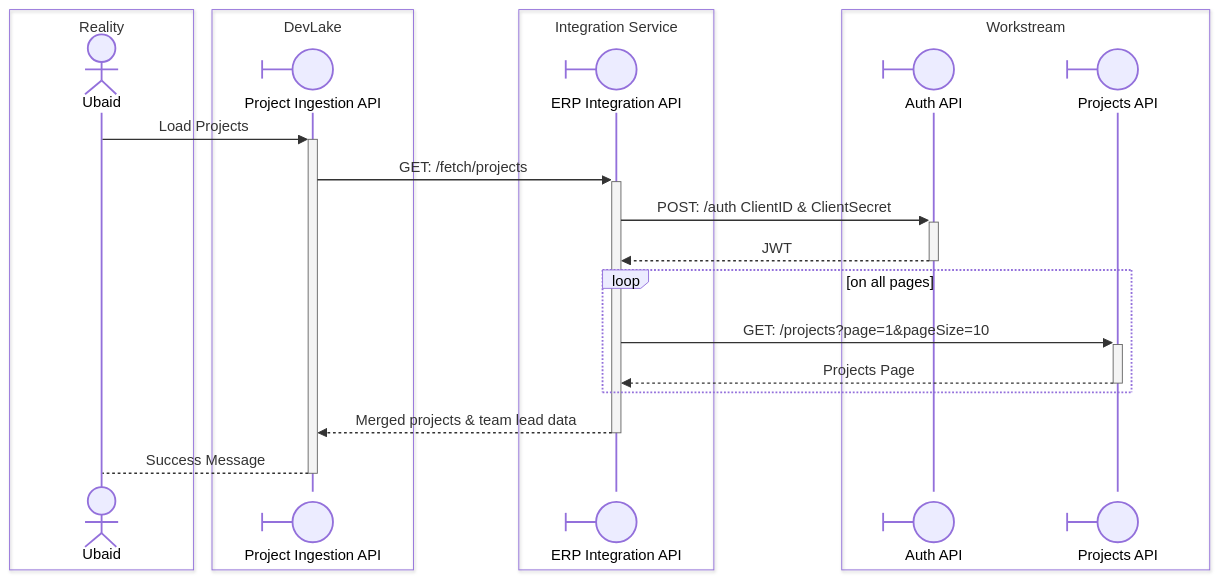
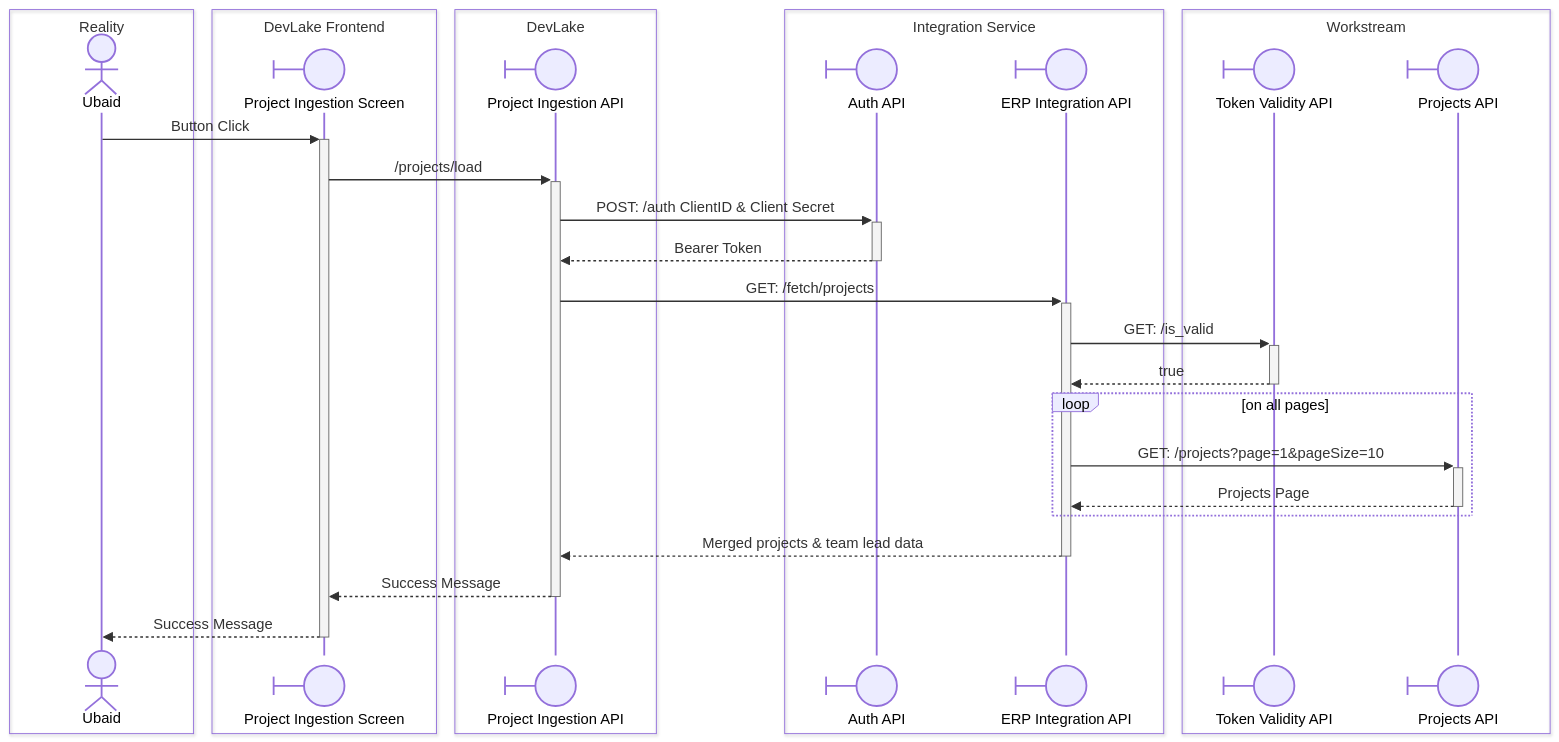
The third of 6 diagrams in integration-service-architecture-plan.md (arbisoft/incubator-devlake), drawn with Mermaid before and after one commit. The commit also changed other lines of this file, not shown here.

First line of the commit message:
docs: expand integration service domain model and project structure

````diff
--- a/integration-service-architecture-plan.md
+++ b/integration-service-architecture-plan.md
@@ -134,29 +215,37 @@
 ```mermaid
 sequenceDiagram
     box Reality
         actor Ubaid
     end
+    box DevLake Frontend
+        participant projectIngestion@{ "type": "boundary" } as Project Ingestion Screen
+    end
     box DevLake
         participant projectIngestionApi@{ "type": "boundary" } as Project Ingestion API
     end
     box Integration Service
+        participant authApi@{ "type": "boundary" } as Auth API
         participant erpIntegrationApi@{ "type": "boundary" } as ERP Integration API
     end
     box Workstream
-        participant erpAuthApi@{ "type": "boundary" } as Auth API
+        participant erp_token_validity_api@{ "type": "boundary" } as Token Validity API
         participant projectsApi@{ "type": "boundary" } as Projects API
     end
 
-    Ubaid->>+projectIngestionApi: Load Projects
+    Ubaid->>+projectIngestion: Button Click
+    projectIngestion->>+projectIngestionApi: /projects/load
+    projectIngestionApi->>+authApi: POST: /auth ClientID & Client Secret
+    authApi-->>-projectIngestionApi: Bearer Token
     projectIngestionApi->>+erpIntegrationApi: GET: /fetch/projects
-    erpIntegrationApi->>+erpAuthApi: POST: /auth ClientID & ClientSecret
-    erpAuthApi-->>-erpIntegrationApi: JWT
+    erpIntegrationApi->>+erp_token_validity_api: GET: /is_valid
+    erp_token_validity_api-->>-erpIntegrationApi: true
 
     loop on all pages
         erpIntegrationApi->>+projectsApi: GET: /projects?page=1&pageSize=10
         projectsApi-->>-erpIntegrationApi: Projects Page
     end
 
     erpIntegrationApi-->>-projectIngestionApi: Merged projects & team lead data
-    projectIngestionApi-->-Ubaid: Success Message
+    projectIngestionApi-->>-projectIngestion: Success Message
+    projectIngestion-->>-Ubaid: Success Message
 ```
````
